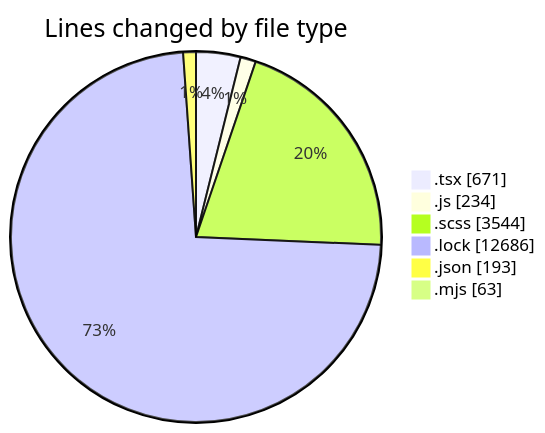
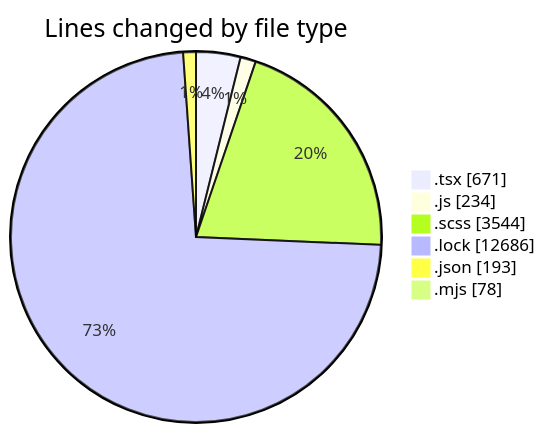
The first of 2 diagrams in 2026-01-22/cda-web-components/README.md (momahboobian/code-tracking), drawn with Mermaid before and after one commit. The commit also changed other lines of this file and 1 other file, not shown here.

````diff
--- a/2026-01-22/cda-web-components/README.md
+++ b/2026-01-22/cda-web-components/README.md
@@ -57,10 +57,10 @@
 ```mermaid
 pie showData
 title Lines changed by file type
 ".tsx" : 671
 ".js" : 234
 ".scss" : 3544
 ".lock" : 12686
 ".json" : 193
-".mjs" : 63
+".mjs" : 78
 ```
````
